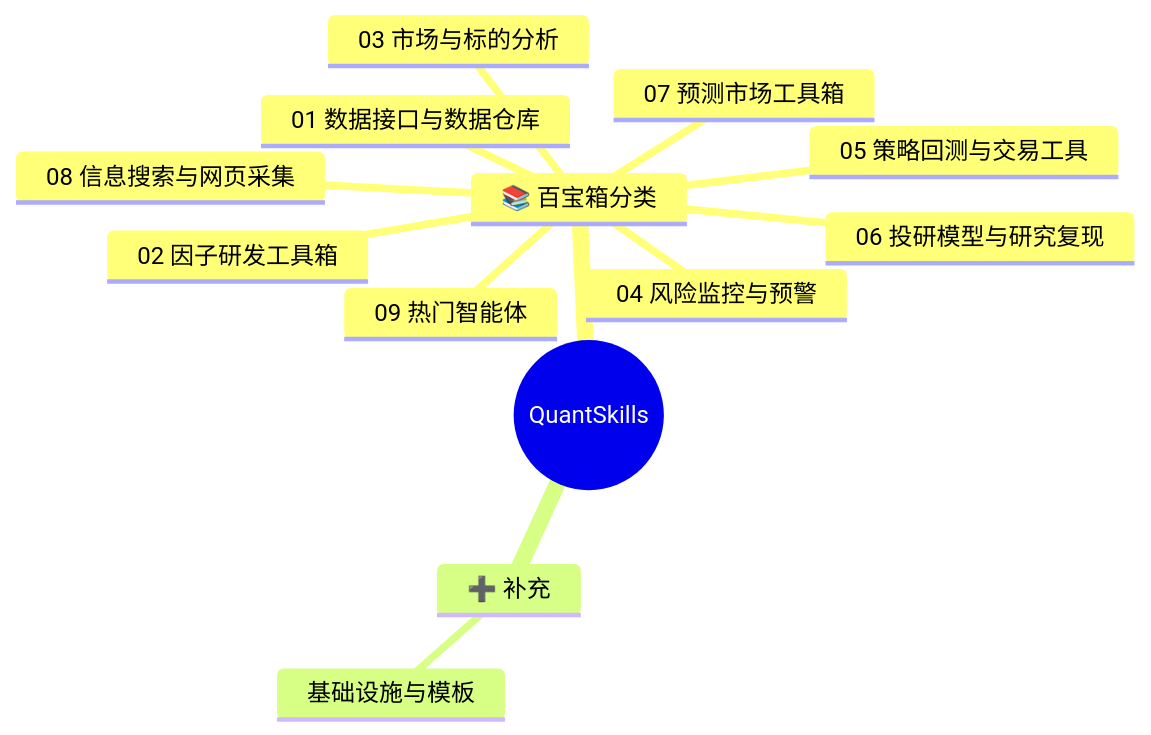
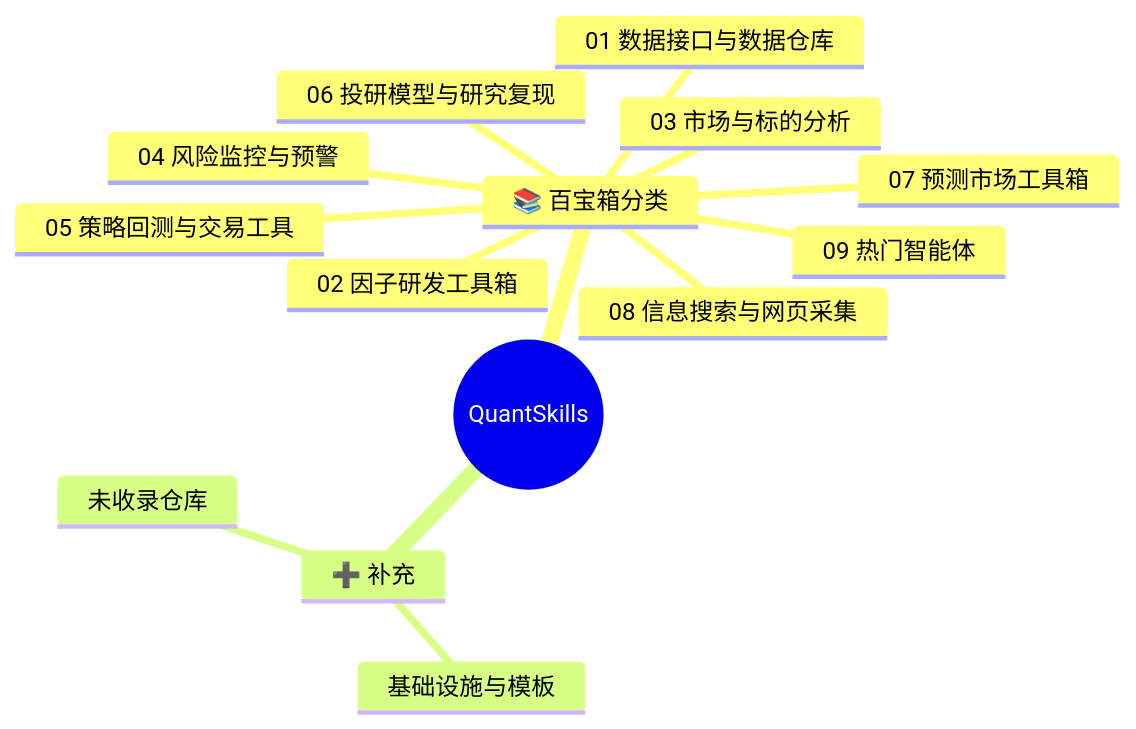
One commit to quantskills/quantskills changed the diagram in README.md. Above: the diagram before and after it, drawn with Mermaid. The commit also changed other lines of this file and 1 other file, not shown here.

````diff
--- a/README.md
+++ b/README.md
@@ -14,16 +14,17 @@
 ```mermaid
 mindmap
   root((QuantSkills))
     📚 百宝箱分类
       01 数据接口与数据仓库
       02 因子研发工具箱
       03 市场与标的分析
       04 风险监控与预警
       05 策略回测与交易工具
       06 投研模型与研究复现
       07 预测市场工具箱
       08 信息搜索与网页采集
       09 热门智能体
     ➕ 补充
+      未收录仓库
       基础设施与模板
 ```
````
